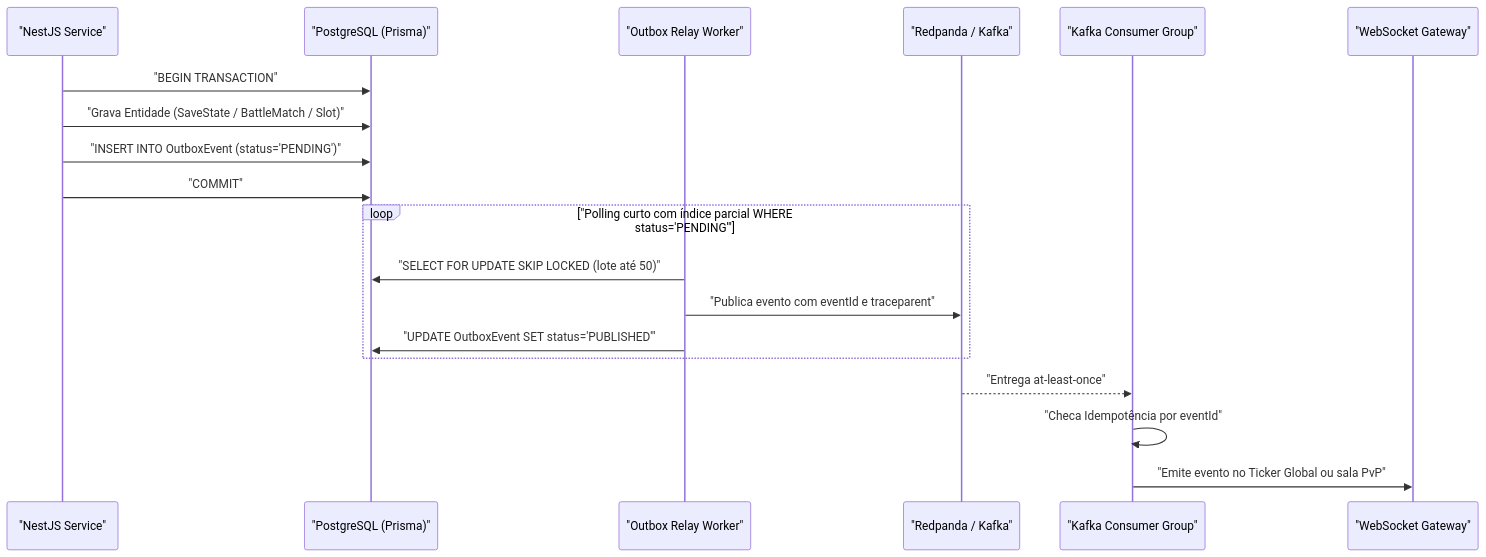
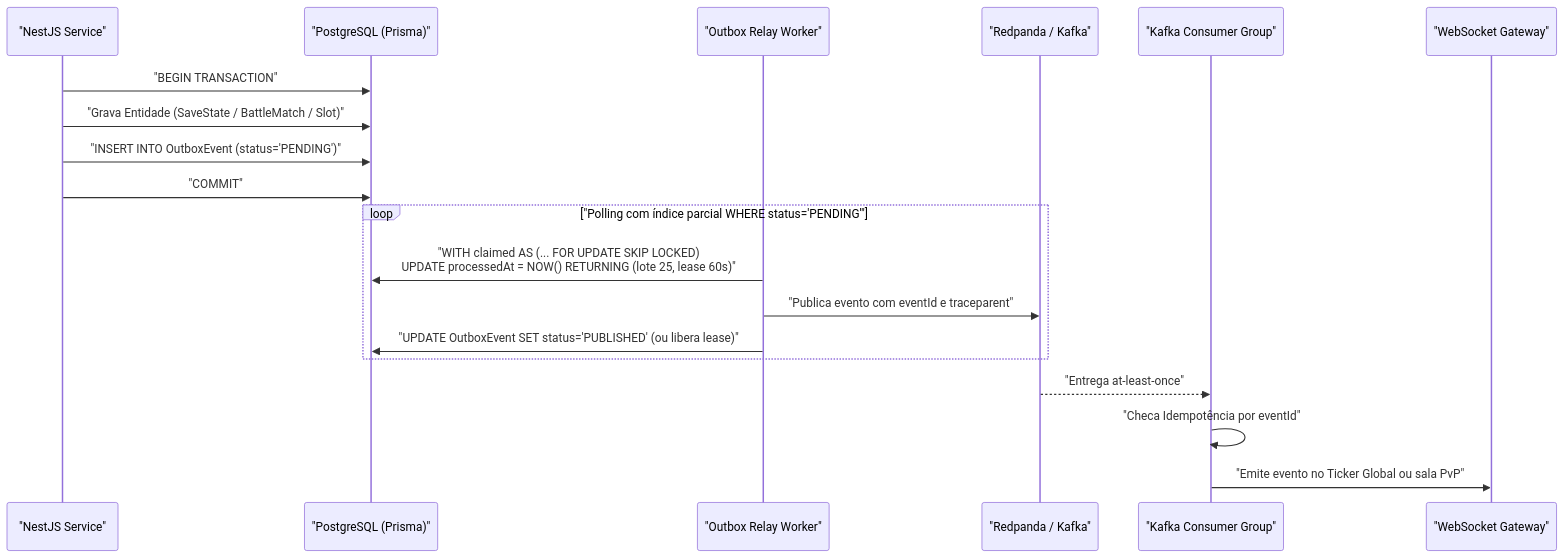
The diagram in docs/06-cache-redis-e-eventos-kafka.md (Digooow/pokedex-frontend), drawn with Mermaid before and after one commit. The commit also changed other lines of this file and 33 other files, not shown here.

````diff
--- a/docs/06-cache-redis-e-eventos-kafka.md
+++ b/docs/06-cache-redis-e-eventos-kafka.md
@@ -32,24 +32,24 @@
 ```mermaid
 sequenceDiagram
   participant API as "NestJS Service"
   participant PG as "PostgreSQL (Prisma)"
   participant Relay as "Outbox Relay Worker"
   participant Kafka as "Redpanda / Kafka"
   participant Consumer as "Kafka Consumer Group"
   participant WS as "WebSocket Gateway"
 
   API->>PG: "BEGIN TRANSACTION"
   API->>PG: "Grava Entidade (SaveState / BattleMatch / Slot)"
   API->>PG: "INSERT INTO OutboxEvent (status='PENDING')"
   API->>PG: "COMMIT"
 
-  loop "Polling curto com índice parcial WHERE status='PENDING'"
-    Relay->>PG: "SELECT FOR UPDATE SKIP LOCKED (lote até 50)"
+  loop "Polling com índice parcial WHERE status='PENDING'"
+    Relay->>PG: "WITH claimed AS (... FOR UPDATE SKIP LOCKED)<br/>UPDATE processedAt = NOW() RETURNING (lote 25, lease 60s)"
     Relay->>Kafka: "Publica evento com eventId e traceparent"
-    Relay->>PG: "UPDATE OutboxEvent SET status='PUBLISHED'"
+    Relay->>PG: "UPDATE OutboxEvent SET status='PUBLISHED' (ou libera lease)"
   end
 
   Kafka-->>Consumer: "Entrega at-least-once"
   Consumer->>Consumer: "Checa Idempotência por eventId"
   Consumer->>WS: "Emite evento no Ticker Global ou sala PvP"
 ```
````
